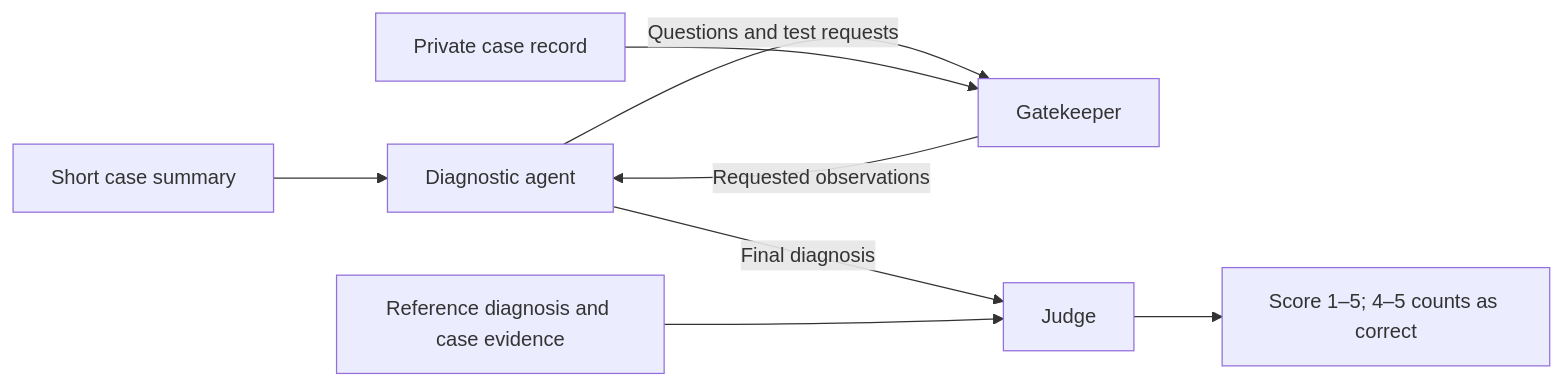
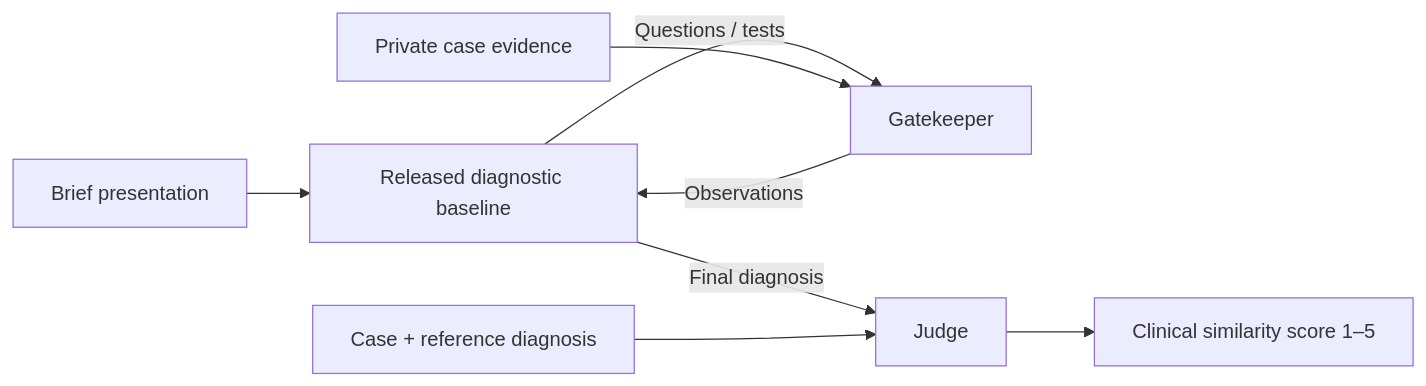
The diagram in README.md (Ali-Maq/sdbench), drawn with Mermaid before and after one commit. The commit also changed other lines of this file and 14 other files, not shown here.

````diff
--- a/README.md
+++ b/README.md
@@ -17,10 +23,10 @@
 ```mermaid
 flowchart LR
-    S["Short case summary"] --> A["Diagnostic agent"]
-    A -->|"Questions and test requests"| G["Gatekeeper"]
-    C["Private case record"] --> G
-    G -->|"Requested observations"| A
-    A -->|"Final diagnosis"| J["Judge"]
-    R["Reference diagnosis and case evidence"] --> J
-    J --> O["Score 1–5; 4–5 counts as correct"]
+    S["Brief presentation"] --> D["Released diagnostic baseline"]
+    D -->|"Questions / tests"| G["Gatekeeper"]
+    C["Private case evidence"] --> G
+    G -->|"Observations"| D
+    D -->|"Final diagnosis"| J["Judge"]
+    R["Case + reference diagnosis"] --> J
+    J --> O["Clinical similarity score 1–5"]
 ```
````
